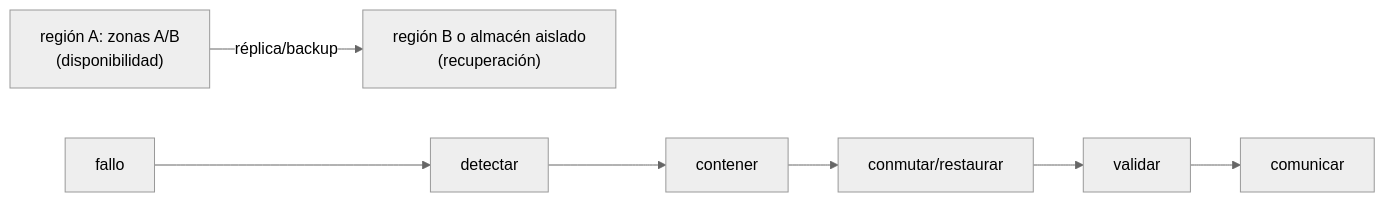
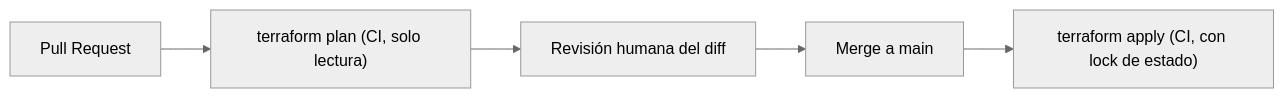
Before and after one commit to NICORUIZ93/The_Imperial_Book: the first of 14 diagrams in web/public/content/cloud/modulo-32.md, drawn with Mermaid (neutral theme). The commit also changed other lines of this file and 305 other files, not shown here.

````diff
--- a/web/public/content/cloud/modulo-32.md
+++ b/web/public/content/cloud/modulo-32.md
@@ -135,5 +16,7 @@
 ```mermaid
 flowchart LR
-    A["región A: zonas A/B\n(disponibilidad)"] -->|"réplica/backup"| B["región B o almacén aislado\n(recuperación)"]
-    F["fallo"] --> DET["detectar"] --> CONT["contener"] --> REST["conmutar/restaurar"] --> VAL["validar"] --> COM["comunicar"]
+  PR["Pull Request"] --> Plan["terraform plan (CI, solo lectura)"]
+  Plan --> Review["Revisión humana del diff"]
+  Review --> Merge["Merge a main"]
+  Merge --> Apply["terraform apply (CI, con lock de estado)"]
 ```
````
